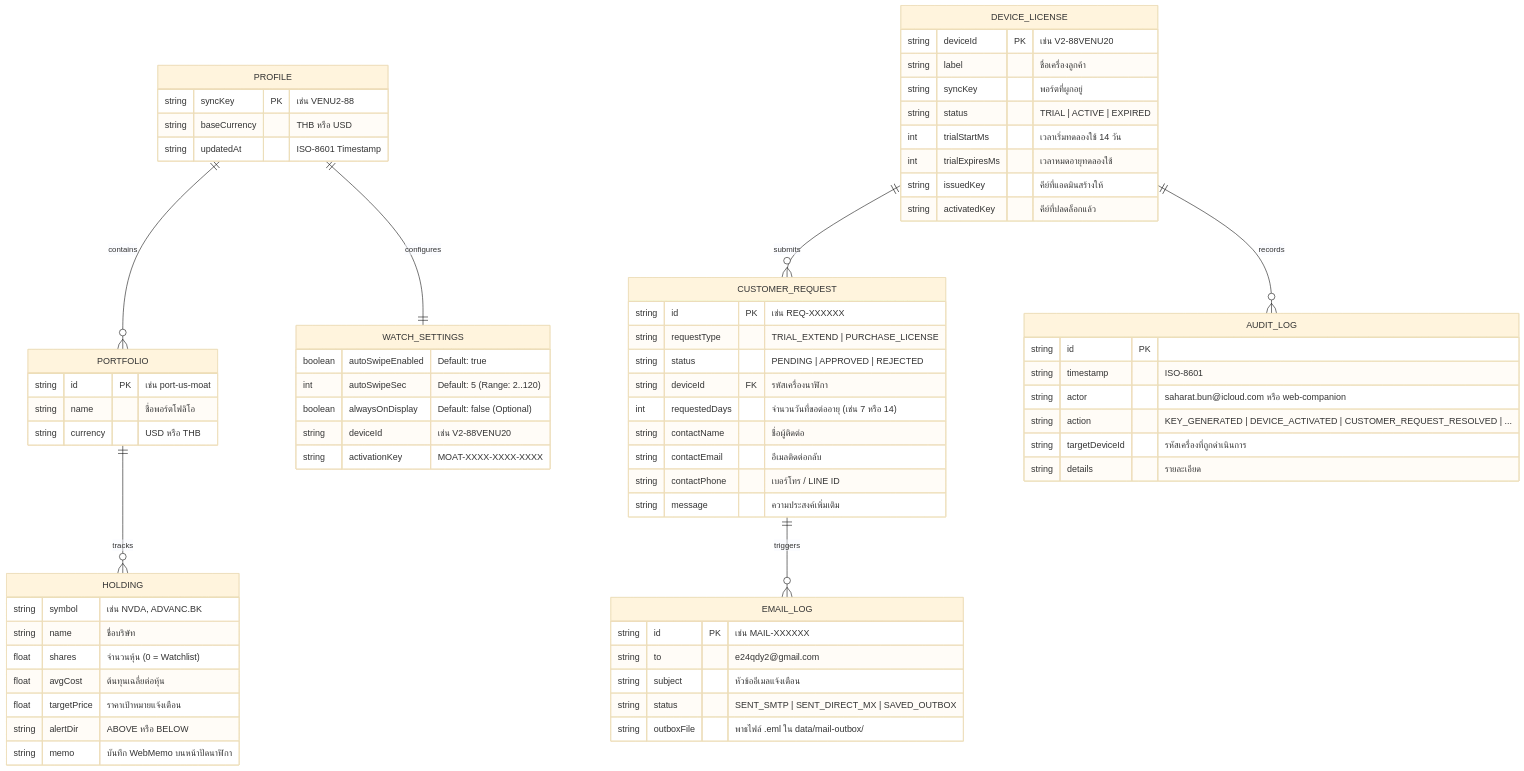
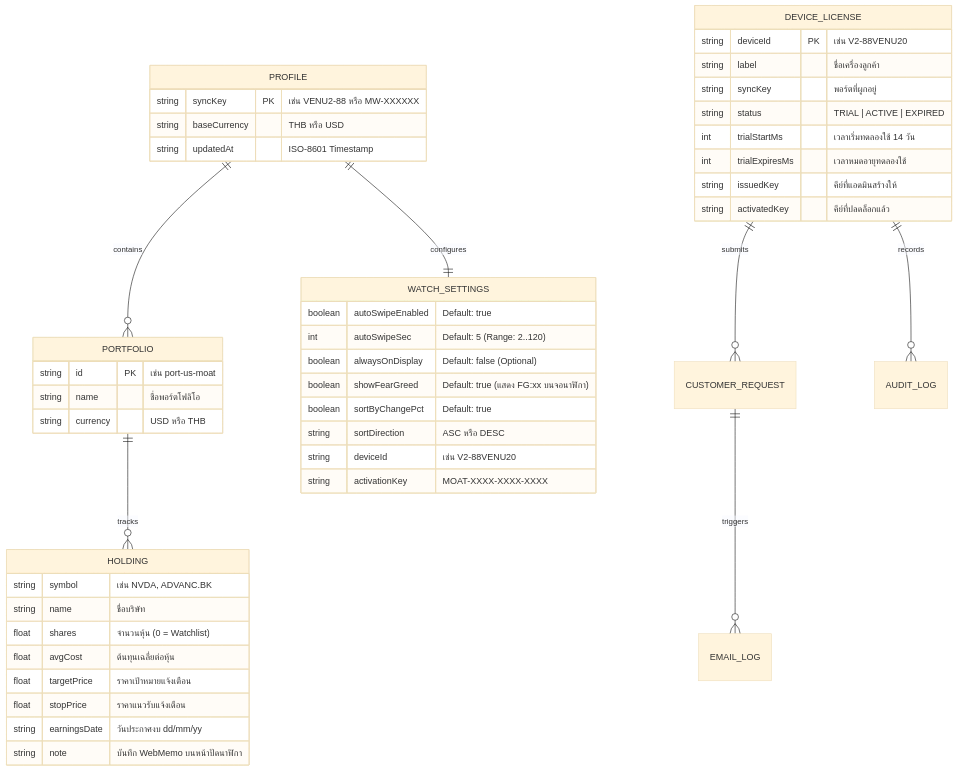
One commit to e24qdy2/garmin-venu2-moat changed the diagram in docs/04-API-AND-SDLC-REFERENCE.md. Above: the diagram before and after it, drawn with Mermaid (base theme). The commit also changed other lines of this file and 46 other files, not shown here.

Commit message:
docs & feat: update MoatWatch GitHub reports, Garmin multi-device UI wording, Daily US Fear & Greed Index (FG:xx), and Connect IQ Store assets

````diff
--- a/docs/04-API-AND-SDLC-REFERENCE.md
+++ b/docs/04-API-AND-SDLC-REFERENCE.md
@@ -11,79 +11,54 @@
 ```mermaid
 erDiagram
     PROFILE ||--o{ PORTFOLIO : contains
     PROFILE ||--|| WATCH_SETTINGS : configures
     PORTFOLIO ||--o{ HOLDING : tracks
     DEVICE_LICENSE ||--o{ CUSTOMER_REQUEST : submits
     DEVICE_LICENSE ||--o{ AUDIT_LOG : records
     CUSTOMER_REQUEST ||--o{ EMAIL_LOG : triggers
 
     PROFILE {
-        string syncKey PK "เช่น VENU2-88"
+        string syncKey PK "เช่น VENU2-88 หรือ MW-XXXXXX"
         string baseCurrency "THB หรือ USD"
         string updatedAt "ISO-8601 Timestamp"
     }
 
     WATCH_SETTINGS {
         boolean autoSwipeEnabled "Default: true"
         int autoSwipeSec "Default: 5 (Range: 2..120)"
         boolean alwaysOnDisplay "Default: false (Optional)"
+        boolean showFearGreed "Default: true (แสดง FG:xx บนจอนาฬิกา)"
+        boolean sortByChangePct "Default: true"
+        string sortDirection "ASC หรือ DESC"
         string deviceId "เช่น V2-88VENU20"
         string activationKey "MOAT-XXXX-XXXX-XXXX"
     }
 
     PORTFOLIO {
         string id PK "เช่น port-us-moat"
         string name "ชื่อพอร์ตโฟลิโอ"
         string currency "USD หรือ THB"
     }
 
     HOLDING {
         string symbol "เช่น NVDA, ADVANC.BK"
         string name "ชื่อบริษัท"
         float shares "จำนวนหุ้น (0 = Watchlist)"
         float avgCost "ต้นทุนเฉลี่ยต่อหุ้น"
         float targetPrice "ราคาเป้าหมายแจ้งเตือน"
-        string alertDir "ABOVE หรือ BELOW"
-        string memo "บันทึก WebMemo บนหน้าปัดนาฬิกา"
+        float stopPrice "ราคาแนวรับแจ้งเตือน"
+        string earningsDate "วันประกาศงบ dd/mm/yy"
+        string note "บันทึก WebMemo บนหน้าปัดนาฬิกา"
     }
 
     DEVICE_LICENSE {
         string deviceId PK "เช่น V2-88VENU20"
         string label "ชื่อเครื่องลูกค้า"
         string syncKey "พอร์ตที่ผูกอยู่"
         string status "TRIAL | ACTIVE | EXPIRED"
         int trialStartMs "เวลาเริ่มทดลองใช้ 14 วัน"
         int trialExpiresMs "เวลาหมดอายุทดลองใช้"
         string issuedKey "คีย์ที่แอดมินสร้างให้"
         string activatedKey "คีย์ที่ปลดล็อกแล้ว"
     }
-
-    CUSTOMER_REQUEST {
-        string id PK "เช่น REQ-XXXXXX"
-        string requestType "TRIAL_EXTEND | PURCHASE_LICENSE"
-        string status "PENDING | APPROVED | REJECTED"
-        string deviceId FK "รหัสเครื่องนาฬิกา"
-        int requestedDays "จำนวนวันที่ขอต่ออายุ (เช่น 7 หรือ 14)"
-        string contactName "ชื่อผู้ติดต่อ"
-        string contactEmail "อีเมลติดต่อกลับ"
-        string contactPhone "เบอร์โทร / LINE ID"
-        string message "ความประสงค์เพิ่มเติม"
-    }
-
-    EMAIL_LOG {
-        string id PK "เช่น MAIL-XXXXXX"
-        string to "e24qdy2@gmail.com"
-        string subject "หัวข้ออีเมลแจ้งเตือน"
-        string status "SENT_SMTP | SENT_DIRECT_MX | SAVED_OUTBOX"
-        string outboxFile "พาธไฟล์ .eml ใน data/mail-outbox/"
-    }
-
-    AUDIT_LOG {
-        string id PK
-        string timestamp "ISO-8601"
-        string actor "saharat.bun@icloud.com หรือ web-companion"
-        string action "KEY_GENERATED | DEVICE_ACTIVATED | CUSTOMER_REQUEST_RESOLVED | ..."
-        string targetDeviceId "รหัสเครื่องที่ถูกดำเนินการ"
-        string details "รายละเอียด"
-    }
 ```
````
